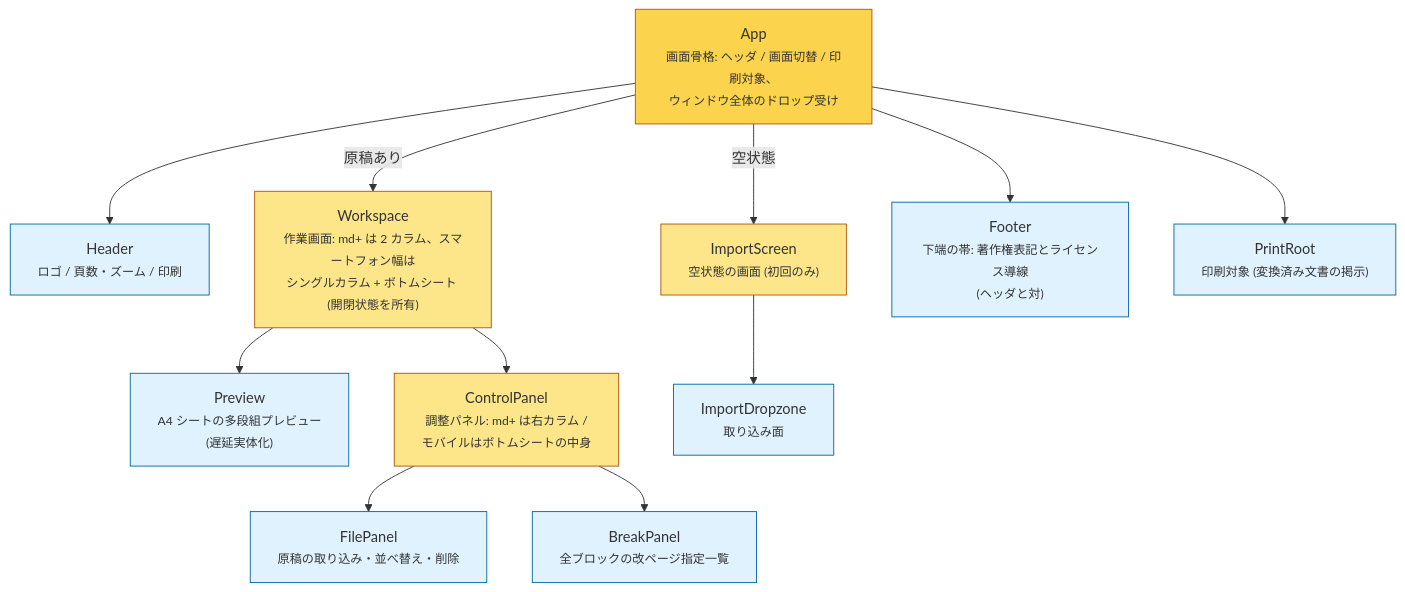
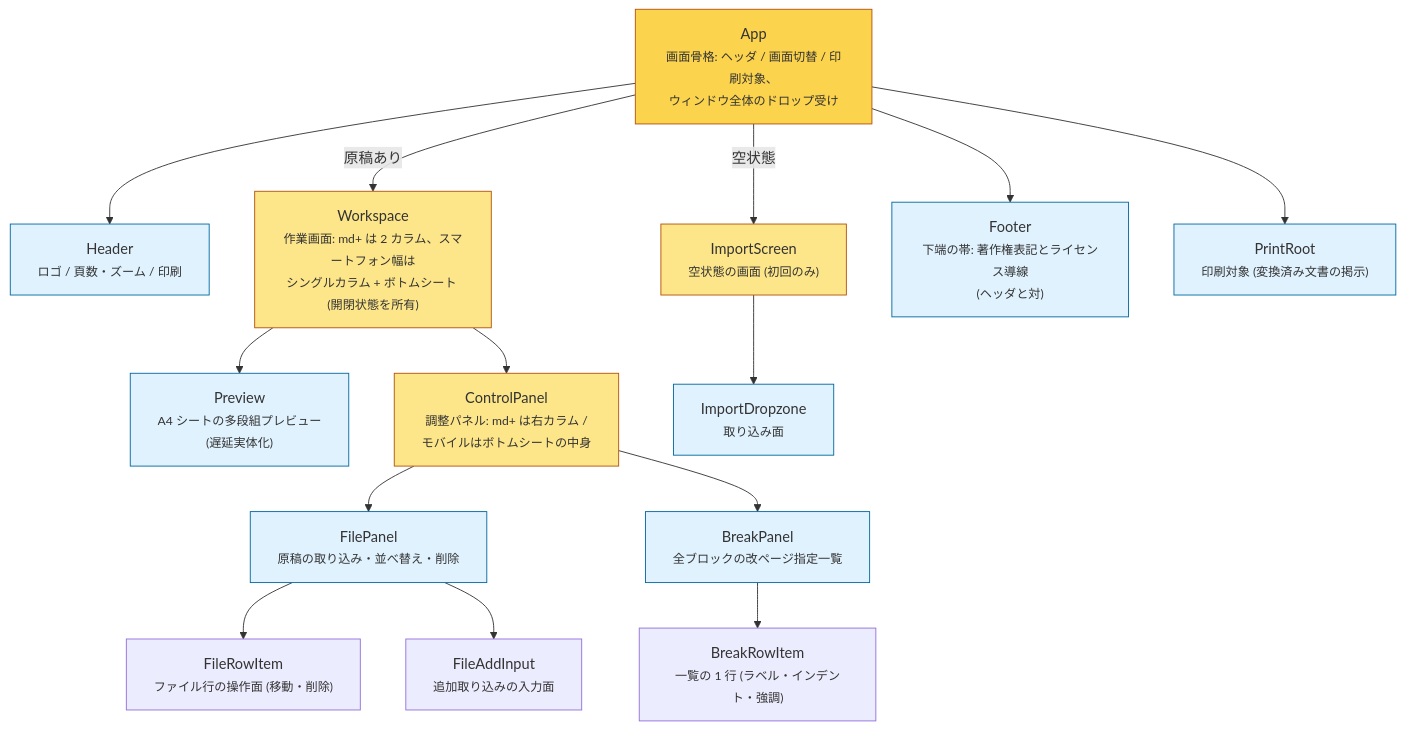
The diagram in docs/component-tree.md (lacolaco/printmd), drawn with Mermaid before and after one commit. The commit also changed 8 other files, not shown here.

````diff
--- a/docs/component-tree.md
+++ b/docs/component-tree.md
@@ -6,32 +6,38 @@
 ```mermaid
 flowchart TB
   APP["App<br/><small>画面骨格: ヘッダ / 画面切替 / 印刷対象、<br/>ウィンドウ全体のドロップ受け</small>"]
   HEADER["Header<br/><small>ロゴ / 頁数・ズーム / 印刷</small>"]
   WS["Workspace<br/><small>作業画面: md+ は 2 カラム、スマートフォン幅は<br/>シングルカラム + ボトムシート (開閉状態を所有)</small>"]
   IMPORT["ImportScreen<br/><small>空状態の画面 (初回のみ)</small>"]
   PREVIEW["Preview<br/><small>A4 シートの多段組プレビュー<br/>(遅延実体化)</small>"]
   PANEL["ControlPanel<br/><small>調整パネル: md+ は右カラム /<br/>モバイルはボトムシートの中身</small>"]
   FILEP["FilePanel<br/><small>原稿の取り込み・並べ替え・削除</small>"]
   BREAKP["BreakPanel<br/><small>全ブロックの改ページ指定一覧</small>"]
+  BREAKROW["BreakRowItem<br/><small>一覧の 1 行 (ラベル・インデント・強調)</small>"]
+  FILEROW["FileRowItem<br/><small>ファイル行の操作面 (移動・削除)</small>"]
+  FILEADD["FileAddInput<br/><small>追加取り込みの入力面</small>"]
   FOOTER["Footer<br/><small>下端の帯: 著作権表記とライセンス導線<br/>(ヘッダと対)</small>"]
   DROP["ImportDropzone<br/><small>取り込み面</small>"]
   PRINT["PrintRoot<br/><small>印刷対象 (変換済み文書の掲示)</small>"]
 
   APP --> HEADER
   APP --> FOOTER
   APP -->|"原稿あり"| WS
   APP -->|"空状態"| IMPORT
   APP --> PRINT
   WS --> PREVIEW
   WS --> PANEL
   PANEL --> FILEP
   PANEL --> BREAKP
+  BREAKP --> BREAKROW
+  FILEP --> FILEROW
+  FILEP --> FILEADD
   IMPORT --> DROP
 
   classDef shell fill:#fcd34d,stroke:#b45309
   classDef layout fill:#fde68a,stroke:#b45309
   classDef leaf fill:#e0f2fe,stroke:#0369a1
   class APP shell
   class WS,PANEL,IMPORT layout
   class HEADER,PREVIEW,FILEP,BREAKP,FOOTER,DROP,PRINT leaf
 ```
````
